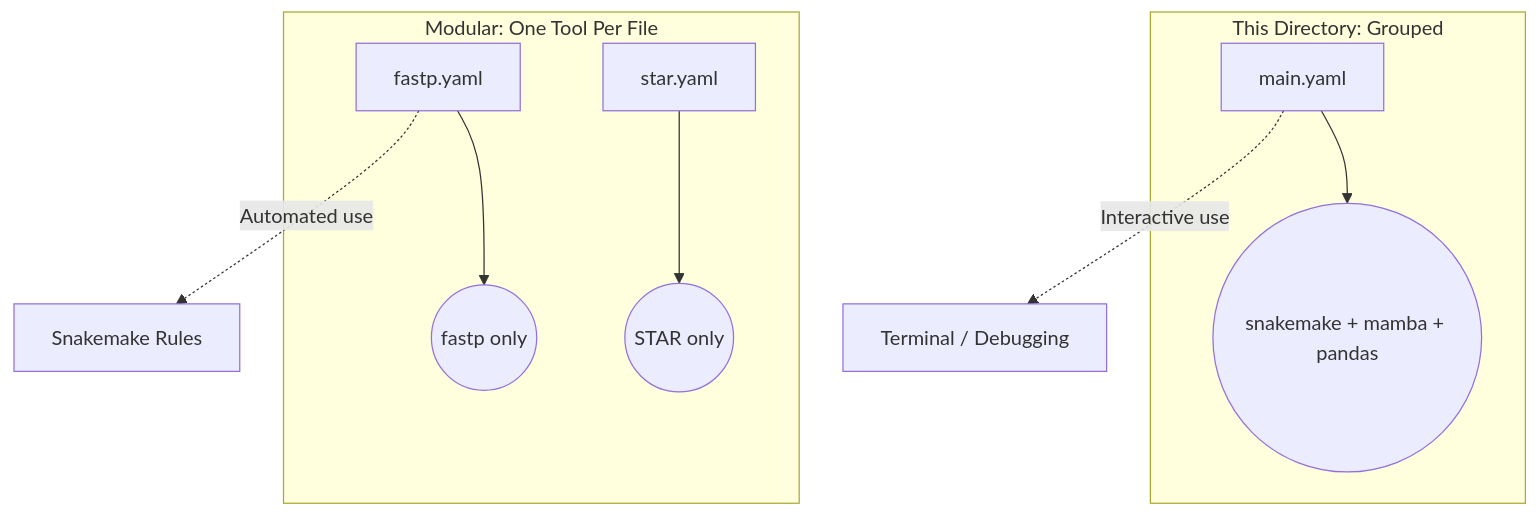
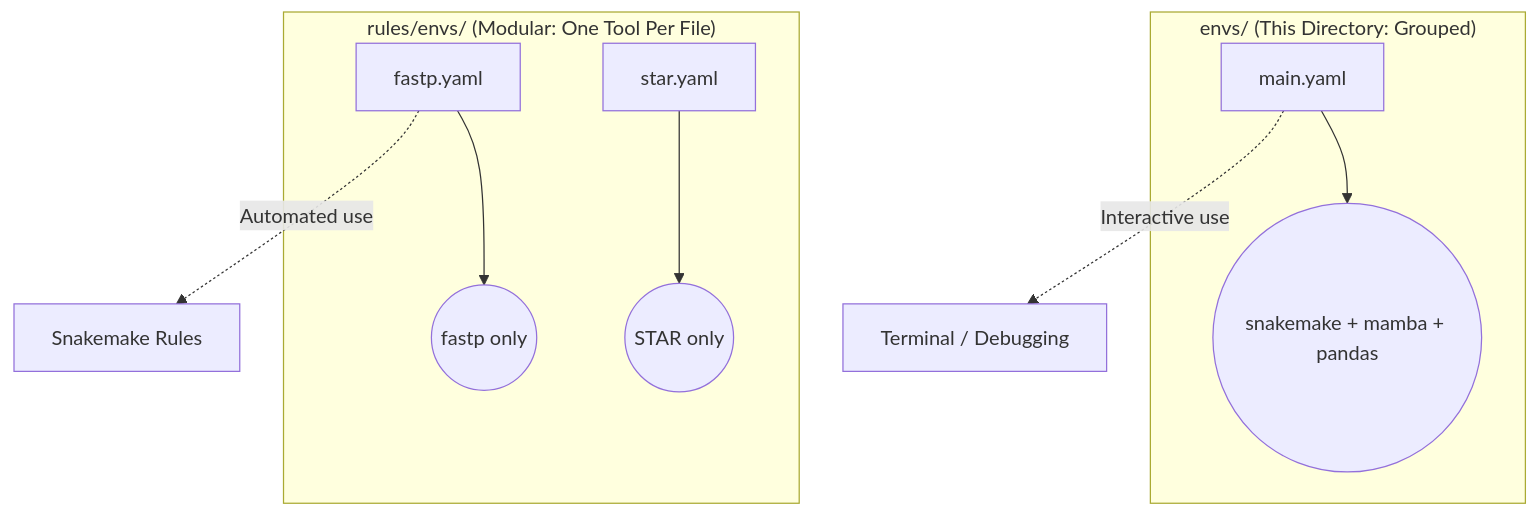
The diagram in envs/README.md (BDB-Genomics/bdb-rnaseq), drawn with Mermaid before and after one commit. The commit also changed other lines of this file and 14 other files, not shown here.

Commit message:
docs: thoroughly revise all pipeline READMEs, add architecture diagrams, and implement native DESeq2 VST

````diff
--- a/envs/README.md
+++ b/envs/README.md
@@ -9,14 +9,14 @@
 ```mermaid
 graph TD
-    subgraph envs/ [This Directory: Grouped]
+    subgraph envs_dir ["envs/ (This Directory: Grouped)"]
         A[main.yaml] --> B((snakemake + mamba + pandas))
     end
     
-    subgraph rules/envs/ [Modular: One Tool Per File]
+    subgraph rules_env_dir ["rules/envs/ (Modular: One Tool Per File)"]
         C[fastp.yaml] --> D((fastp only))
         E[star.yaml] --> F((STAR only))
     end
     
     A -.->|Interactive use| G[Terminal / Debugging]
     C -.->|Automated use| H[Snakemake Rules]
 ```
````
